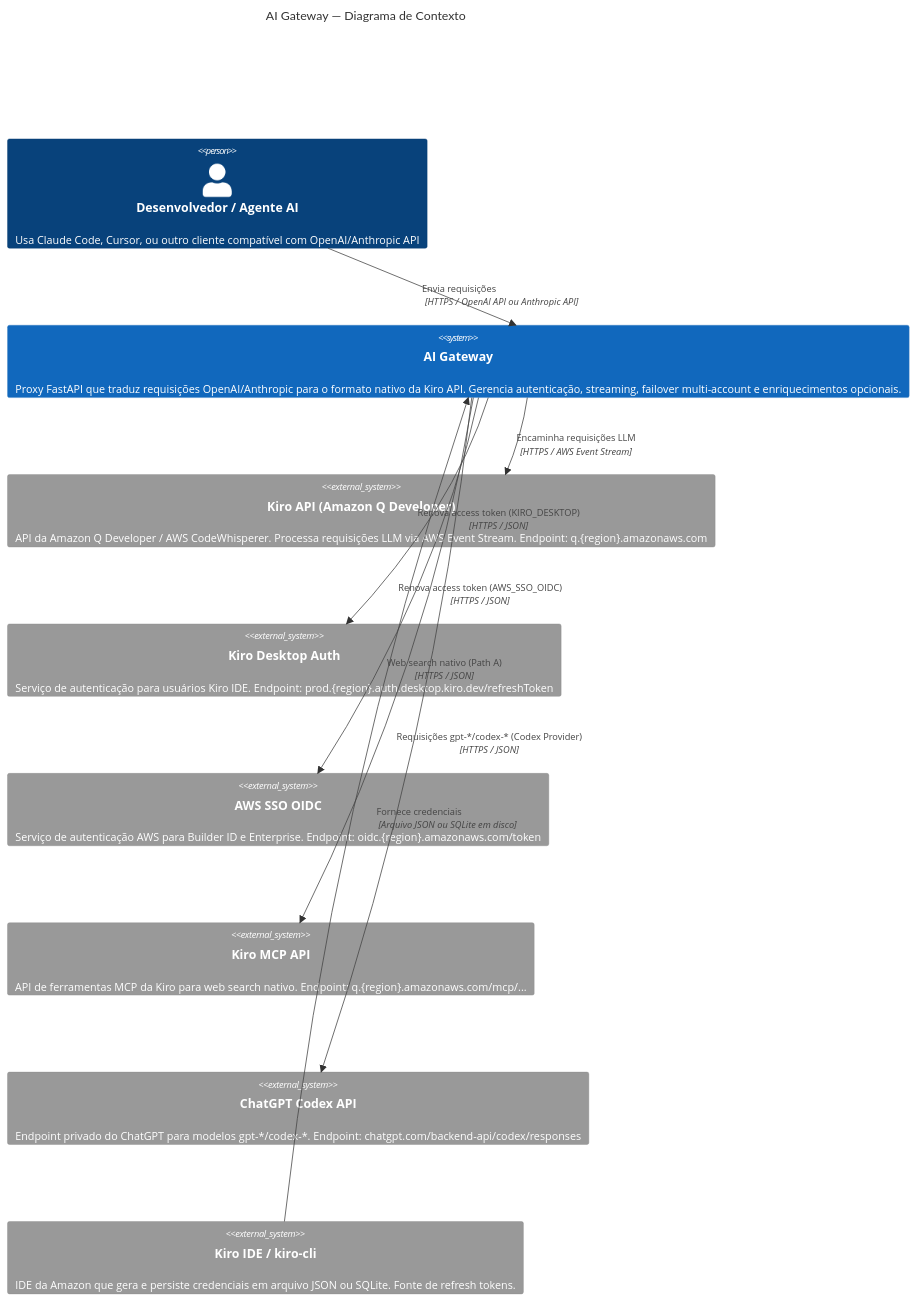
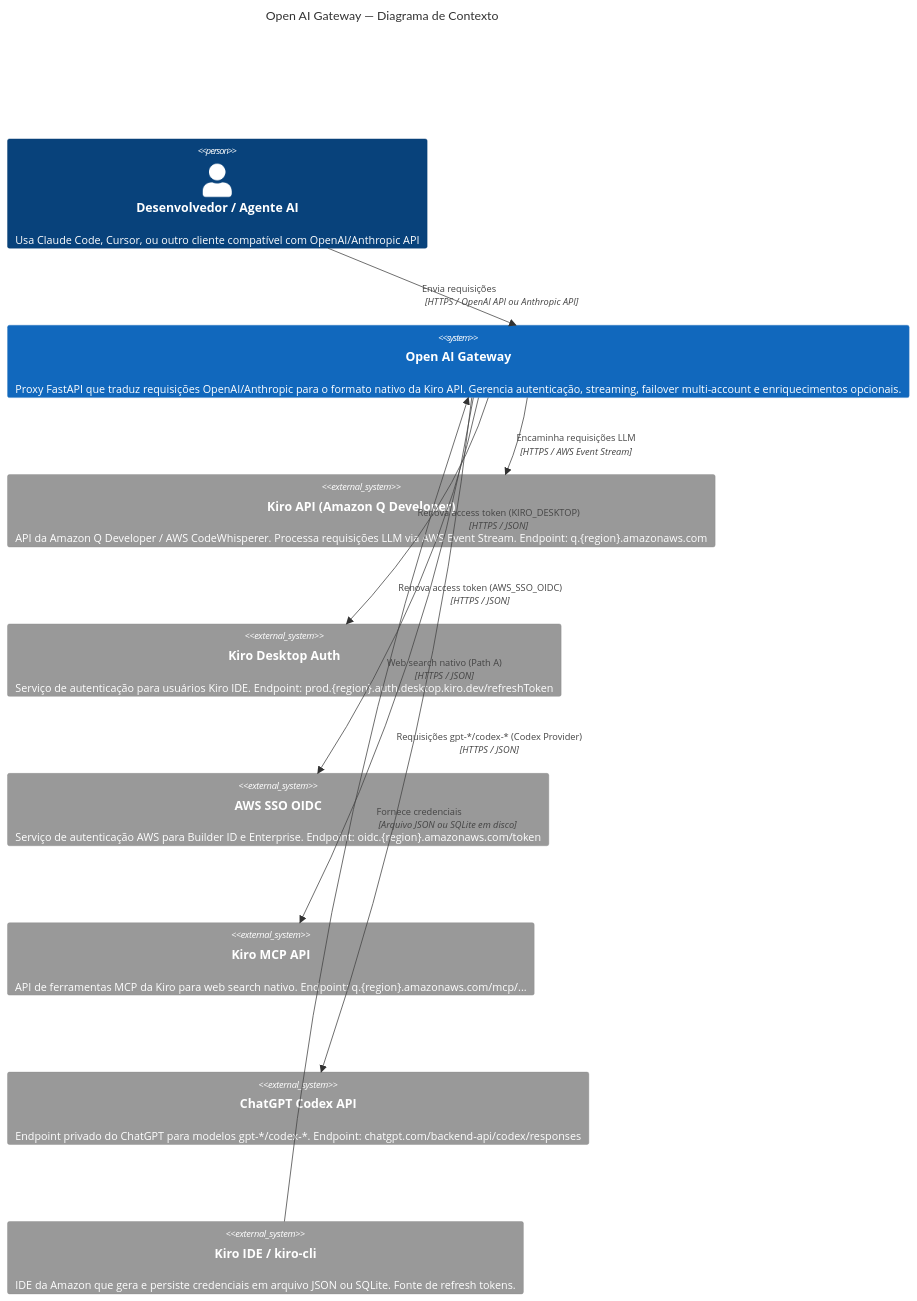
One commit to Marcelo-Henry/open-ai-gateway changed the diagram in _reversa_sdd/c4-context.md. Above: the diagram before and after it, drawn with Mermaid. The commit also changed 31 other files, not shown here.

First line of the commit message:
docs: rename AI Gateway to Open AI Gateway across codebase

````diff
--- a/_reversa_sdd/c4-context.md
+++ b/_reversa_sdd/c4-context.md
@@ -5,28 +5,28 @@
 ```mermaid
 C4Context
-    title AI Gateway — Diagrama de Contexto
+    title Open AI Gateway — Diagrama de Contexto
 
     Person(dev, "Desenvolvedor / Agente AI", "Usa Claude Code, Cursor, ou outro cliente compatível com OpenAI/Anthropic API")
 
-    System(gateway, "AI Gateway", "Proxy FastAPI que traduz requisições OpenAI/Anthropic para o formato nativo da Kiro API. Gerencia autenticação, streaming, failover multi-account e enriquecimentos opcionais.")
+    System(gateway, "Open AI Gateway", "Proxy FastAPI que traduz requisições OpenAI/Anthropic para o formato nativo da Kiro API. Gerencia autenticação, streaming, failover multi-account e enriquecimentos opcionais.")
 
     System_Ext(kiro_api, "Kiro API (Amazon Q Developer)", "API da Amazon Q Developer / AWS CodeWhisperer. Processa requisições LLM via AWS Event Stream. Endpoint: q.{region}.amazonaws.com")
 
     System_Ext(kiro_auth_desktop, "Kiro Desktop Auth", "Serviço de autenticação para usuários Kiro IDE. Endpoint: prod.{region}.auth.desktop.kiro.dev/refreshToken")
 
     System_Ext(aws_sso_oidc, "AWS SSO OIDC", "Serviço de autenticação AWS para Builder ID e Enterprise. Endpoint: oidc.{region}.amazonaws.com/token")
 
     System_Ext(kiro_mcp, "Kiro MCP API", "API de ferramentas MCP da Kiro para web search nativo. Endpoint: q.{region}.amazonaws.com/mcp/...")
 
     System_Ext(chatgpt_codex, "ChatGPT Codex API", "Endpoint privado do ChatGPT para modelos gpt-*/codex-*. Endpoint: chatgpt.com/backend-api/codex/responses")
 
     System_Ext(kiro_ide, "Kiro IDE / kiro-cli", "IDE da Amazon que gera e persiste credenciais em arquivo JSON ou SQLite. Fonte de refresh tokens.")
 
     Rel(dev, gateway, "Envia requisições", "HTTPS / OpenAI API ou Anthropic API")
     Rel(gateway, kiro_api, "Encaminha requisições LLM", "HTTPS / AWS Event Stream")
     Rel(gateway, kiro_auth_desktop, "Renova access token (KIRO_DESKTOP)", "HTTPS / JSON")
     Rel(gateway, aws_sso_oidc, "Renova access token (AWS_SSO_OIDC)", "HTTPS / JSON")
     Rel(gateway, kiro_mcp, "Web search nativo (Path A)", "HTTPS / JSON")
     Rel(gateway, chatgpt_codex, "Requisições gpt-*/codex-* (Codex Provider)", "HTTPS / JSON")
     Rel(kiro_ide, gateway, "Fornece credenciais", "Arquivo JSON ou SQLite em disco")
 ```
````
